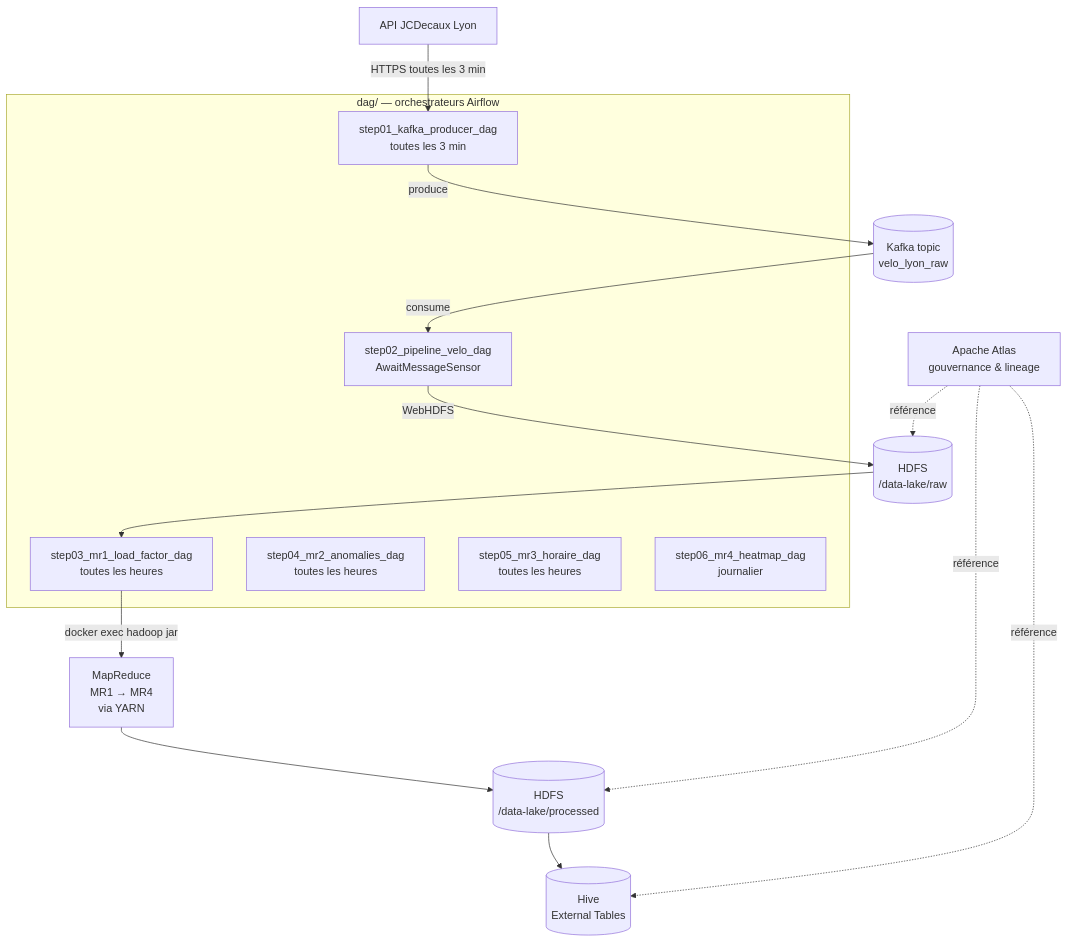
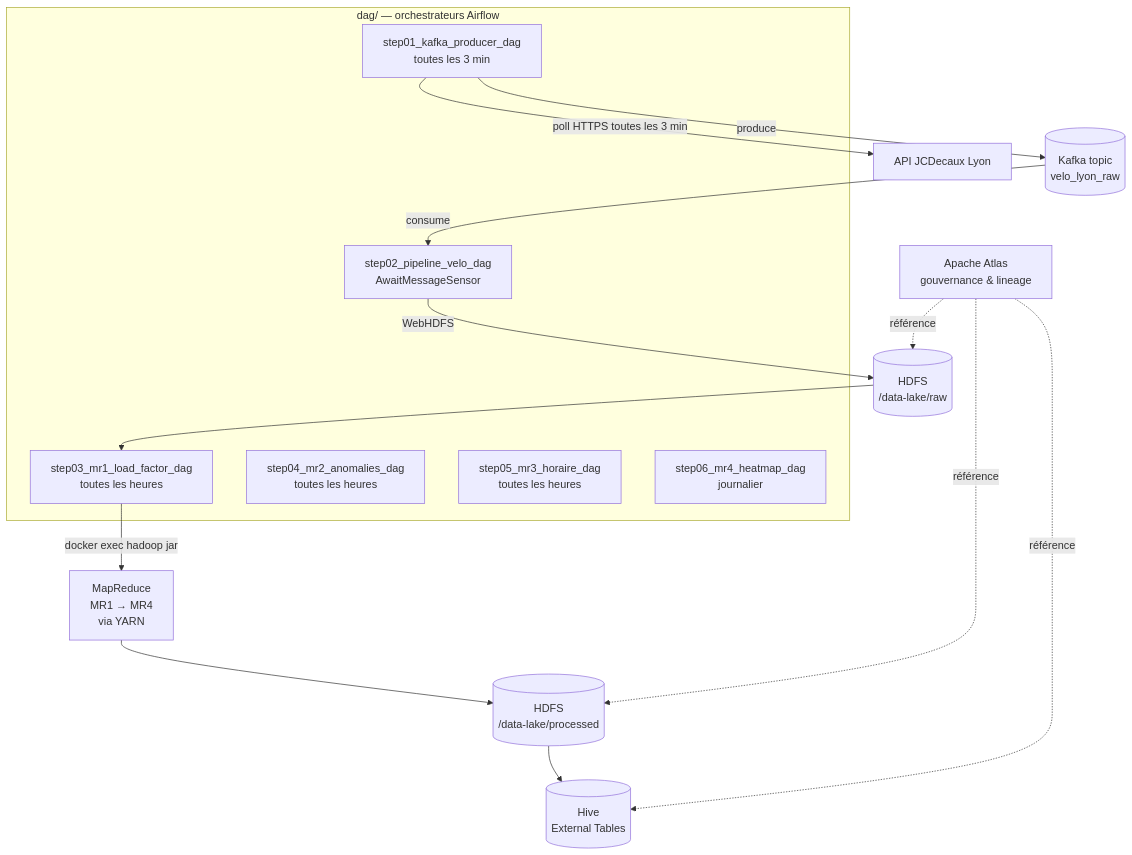
Before and after one commit to alexishs/velos_lyon: the diagram in README.md, drawn with Mermaid. The commit also changed other lines of this file and 2 other files, not shown here.

````diff
--- a/README.md
+++ b/README.md
@@ -20,32 +20,32 @@
 ```mermaid
 flowchart TD
     API[API JCDecaux Lyon]
     KAFKA[(Kafka topic<br/>velo_lyon_raw)]
     RAW[(HDFS<br/>/data-lake/raw)]
     MR[MapReduce<br/>MR1 → MR4<br/>via YARN]
     PROC[(HDFS<br/>/data-lake/processed)]
     HIVE[(Hive<br/>External Tables)]
     ATLAS[Apache Atlas<br/>gouvernance & lineage]
 
     subgraph dags["dag/ — orchestrateurs Airflow"]
         D1[step01_kafka_producer_dag<br/>toutes les 3 min]
         D2[step02_pipeline_velo_dag<br/>AwaitMessageSensor]
         D3[step03_mr1_load_factor_dag<br/>toutes les heures]
         D4[step04_mr2_anomalies_dag<br/>toutes les heures]
         D5[step05_mr3_horaire_dag<br/>toutes les heures]
         D6[step06_mr4_heatmap_dag<br/>journalier]
     end
 
-    API -->|HTTPS toutes les 3 min| D1
+    D1 -->|poll HTTPS toutes les 3 min| API
     D1 -->|produce| KAFKA
     KAFKA -->|consume| D2
     D2 -->|WebHDFS| RAW
     RAW --> D3
     D3 -->|docker exec hadoop jar| MR
     MR --> PROC
     PROC --> HIVE
 
     ATLAS -.référence.-> RAW
     ATLAS -.référence.-> PROC
     ATLAS -.référence.-> HIVE
 ```
````
